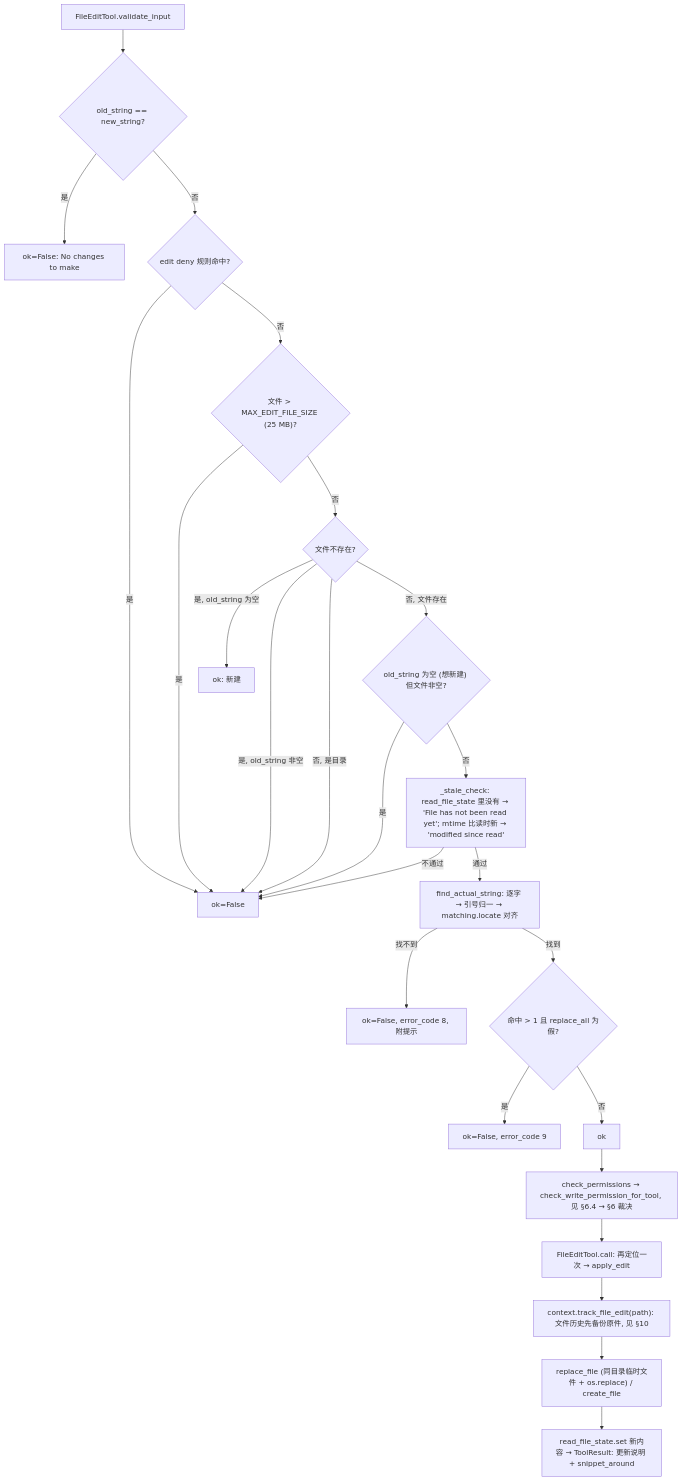
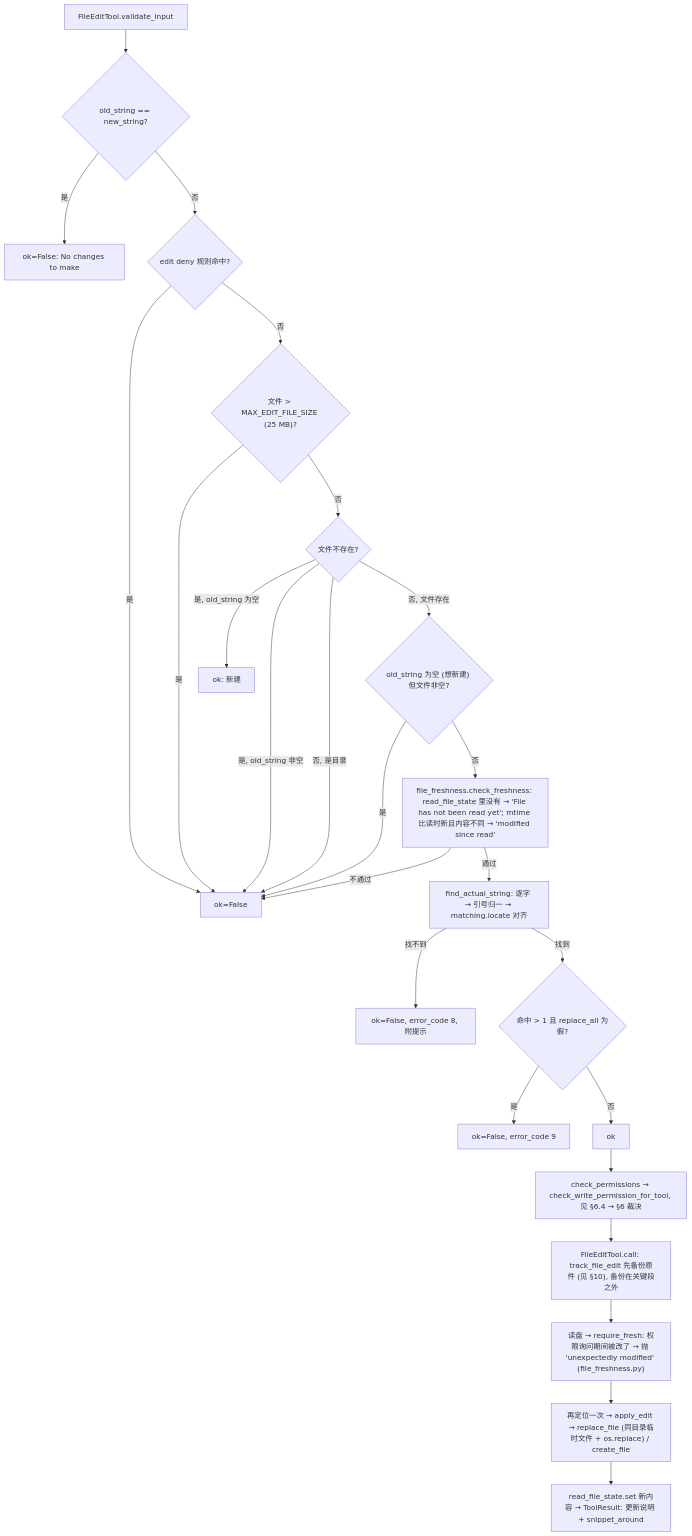
Diagram 29 of 53 in docs/06-代码阅读线路.md (qubaolai/ForgeCLI), drawn with Mermaid before and after one commit. The commit also changed other lines of this file and 54 other files, not shown here.

````diff
--- a/docs/06-代码阅读线路.md
+++ b/docs/06-代码阅读线路.md
@@ -1243,27 +1234,27 @@
 ```mermaid
 flowchart TD
     A["FileEditTool.validate_input"] --> B{"old_string == new_string?"}
     B -->|是| C["ok=False: No changes to make"]
     B -->|否| D{"edit deny 规则命中?"}
     D -->|是| E["ok=False"]
     D -->|否| F{"文件 > MAX_EDIT_FILE_SIZE (25 MB)?"}
     F -->|是| E
     F -->|否| G{"文件不存在?"}
     G -->|是, old_string 为空| H["ok: 新建"]
     G -->|是, old_string 非空| E
     G -->|否, 是目录| E
     G -->|否, 文件存在| I{"old_string 为空 (想新建) 但文件非空?"}
     I -->|是| E
-    I -->|否| J["_stale_check: read_file_state 里没有 → 'File has not been read yet'; mtime 比读时新 → 'modified since read'"]
+    I -->|否| J["file_freshness.check_freshness: read_file_state 里没有 → 'File has not been read yet'; mtime 比读时新且内容不同 → 'modified since read'"]
     J -->|不通过| E
     J -->|通过| K["find_actual_string: 逐字 → 引号归一 → matching.locate 对齐"]
     K -->|找不到| L["ok=False, error_code 8, 附提示"]
     K -->|找到| M{"命中 > 1 且 replace_all 为假?"}
     M -->|是| N["ok=False, error_code 9"]
     M -->|否| O["ok"]
     O --> P["check_permissions → check_write_permission_for_tool, 见 §6.4 → §6 裁决"]
-    P --> Q["FileEditTool.call: 再定位一次 → apply_edit"]
-    Q --> R["context.track_file_edit(path): 文件历史先备份原件, 见 §10"]
-    R --> S["replace_file (同目录临时文件 + os.replace) / create_file"]
+    P --> Q["FileEditTool.call: track_file_edit 先备份原件 (见 §10), 备份在关键段之外"]
+    Q --> R["读盘 → require_fresh: 权限询问期间被改了 → 抛 'unexpectedly modified' (file_freshness.py)"]
+    R --> S["再定位一次 → apply_edit → replace_file (同目录临时文件 + os.replace) / create_file"]
     S --> T["read_file_state.set 新内容 → ToolResult: 更新说明 + snippet_around"]
 ```
````
